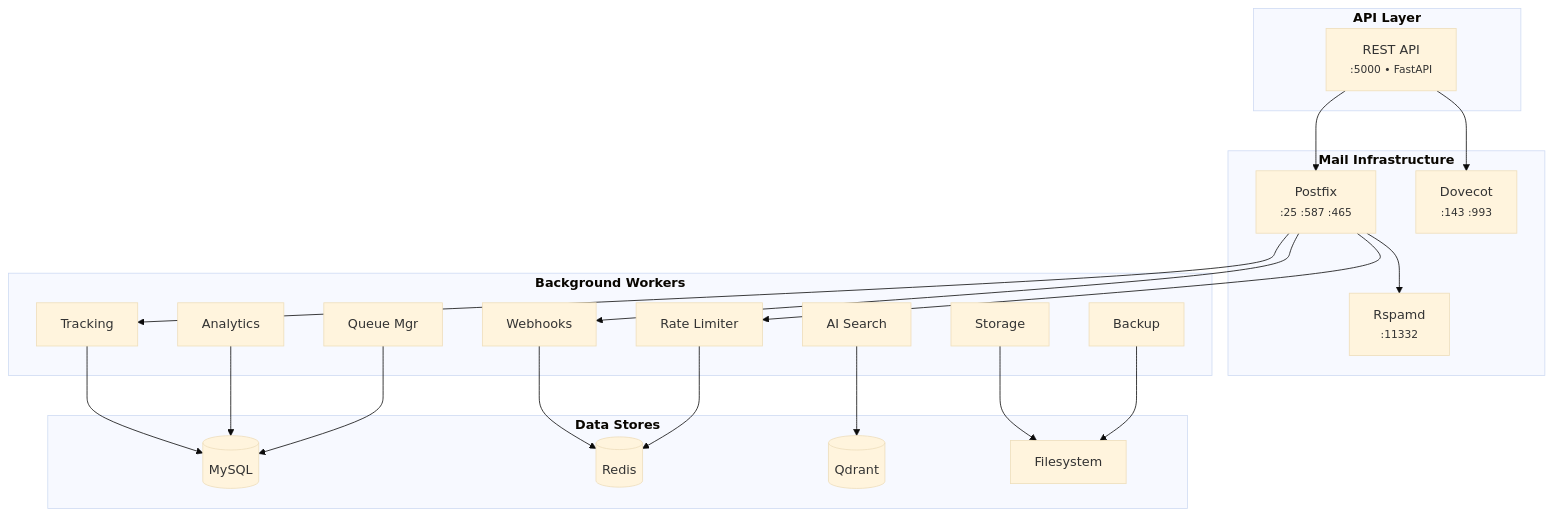
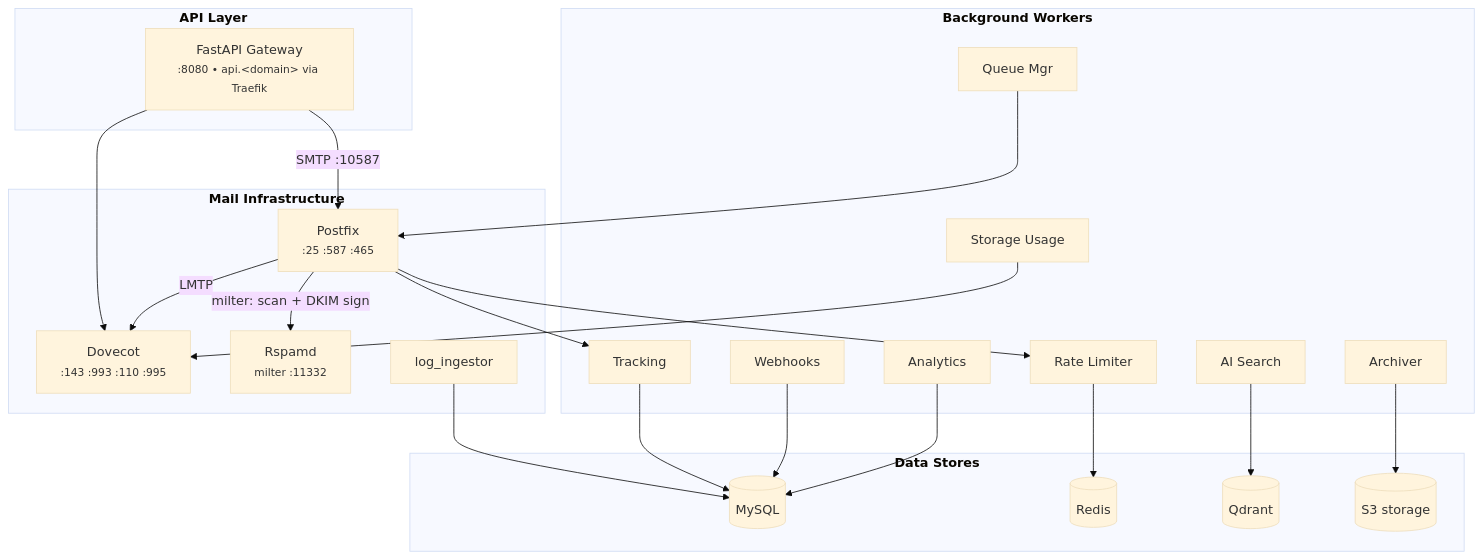
Before and after one commit to Techies-Africa/mailyte-mail-server-community: the diagram in docs/index.md, drawn with Mermaid (base theme). The commit also changed other lines of this file and 481 other files, not shown here.

````diff
--- a/docs/index.md
+++ b/docs/index.md
@@ -94,43 +96,47 @@
 ```mermaid
 graph TB
     subgraph "<b>API Layer</b>"
-        API["REST API<br/><small>:5000 &bull; FastAPI</small>"]
+        API["FastAPI Gateway<br/><small>:8080 &bull; api.&lt;domain&gt; via Traefik</small>"]
     end
 
     subgraph "<b>Mail Infrastructure</b>"
         POSTFIX["Postfix<br/><small>:25 :587 :465</small>"]
-        DOVECOT["Dovecot<br/><small>:143 :993</small>"]
-        RSPAMD["Rspamd<br/><small>:11332</small>"]
+        DOVECOT["Dovecot<br/><small>:143 :993 :110 :995</small>"]
+        RSPAMD["Rspamd<br/><small>milter :11332</small>"]
+        INGEST["log_ingestor"]
     end
 
     subgraph "<b>Background Workers</b>"
         TRACKING["Tracking"]
         WEBHOOKS["Webhooks"]
         RATELIMIT["Rate Limiter"]
         ANALYTICS["Analytics"]
         RAG["AI Search"]
         QUEUE["Queue Mgr"]
-        STORAGE["Storage"]
-        BACKUP["Backup"]
+        STORAGE["Storage Usage"]
+        ARCHIVER["Archiver"]
     end
 
     subgraph "<b>Data Stores</b>"
         MYSQL[("MySQL")]
         REDIS[("Redis")]
         QDRANT[("Qdrant")]
-        FS["Filesystem"]
+        S3[("S3 storage")]
     end
 
-    API --> POSTFIX & DOVECOT
-    POSTFIX --> RSPAMD
-    POSTFIX --> TRACKING & WEBHOOKS & RATELIMIT
+    API -->|"SMTP :10587"| POSTFIX
+    API --> DOVECOT
+    POSTFIX -->|"milter: scan + DKIM sign"| RSPAMD
+    POSTFIX -->|"LMTP"| DOVECOT
+    POSTFIX --> TRACKING & RATELIMIT
+    INGEST --> MYSQL
 
     TRACKING --> MYSQL
-    WEBHOOKS --> REDIS
+    WEBHOOKS --> MYSQL
     RATELIMIT --> REDIS
     ANALYTICS --> MYSQL
     RAG --> QDRANT
-    QUEUE --> MYSQL
-    STORAGE --> FS
-    BACKUP --> FS
+    QUEUE --> POSTFIX
+    STORAGE --> DOVECOT
+    ARCHIVER --> S3
 ```
````
